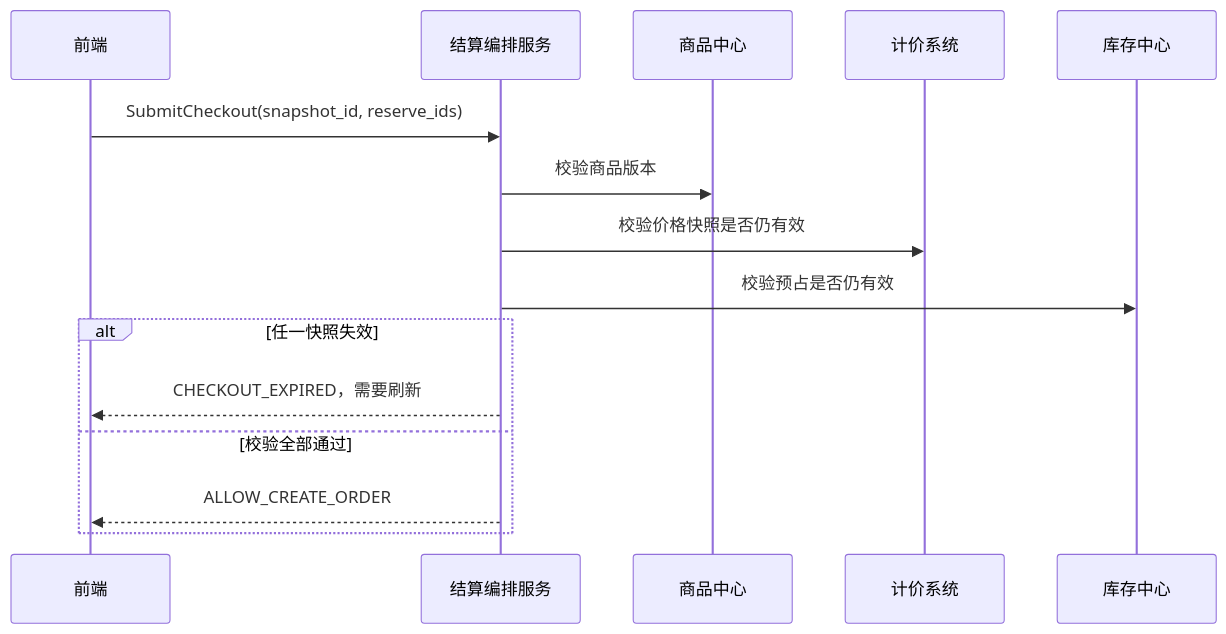
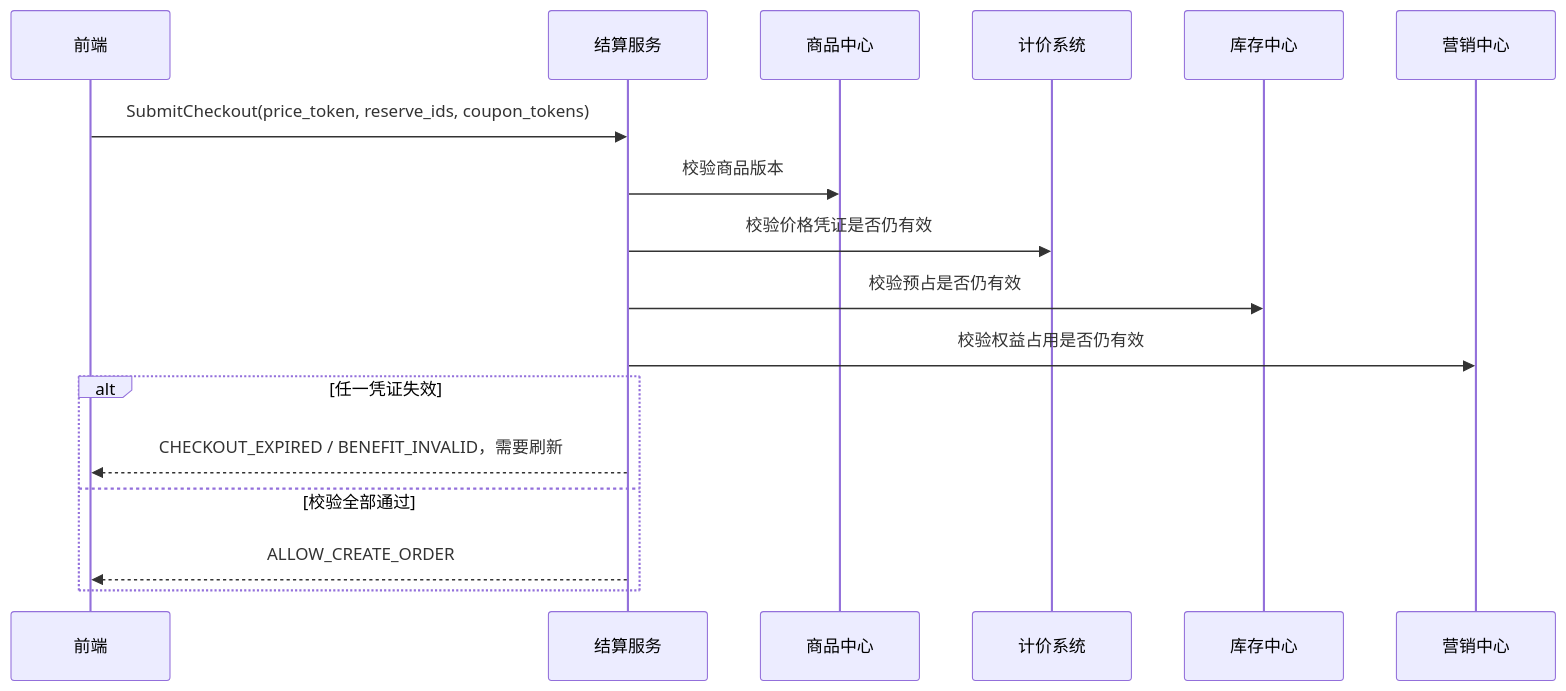
One commit to wxquare/wxquare.github.io changed the sixth of 14 diagrams in books/system-design-architecture-book/src/part02/13-ecommerce-customer-lifecycle.md. Above: the diagram before and after it, drawn with Mermaid. The commit also changed other lines of this file, not shown here.

````diff
--- a/books/system-design-architecture-book/src/part02/13-ecommerce-customer-lifecycle.md
+++ b/books/system-design-architecture-book/src/part02/13-ecommerce-customer-lifecycle.md
@@ -811,18 +926,20 @@
 ```mermaid
 sequenceDiagram
     participant FE as 前端
-    participant CO as 结算编排服务
+    participant CO as 结算服务
     participant P as 商品中心
     participant PR as 计价系统
     participant IV as 库存中心
+    participant MK as 营销中心
 
-    FE->>CO: SubmitCheckout(snapshot_id, reserve_ids)
+    FE->>CO: SubmitCheckout(price_token, reserve_ids, coupon_tokens)
     CO->>P: 校验商品版本
-    CO->>PR: 校验价格快照是否仍有效
+    CO->>PR: 校验价格凭证是否仍有效
     CO->>IV: 校验预占是否仍有效
-    alt 任一快照失效
-        CO-->>FE: CHECKOUT_EXPIRED，需要刷新
+    CO->>MK: 校验权益占用是否仍有效
+    alt 任一凭证失效
+        CO-->>FE: CHECKOUT_EXPIRED / BENEFIT_INVALID，需要刷新
     else 校验全部通过
         CO-->>FE: ALLOW_CREATE_ORDER
     end
 ```
````
